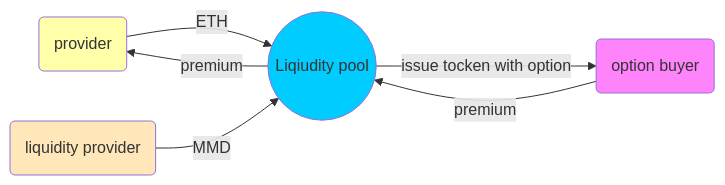
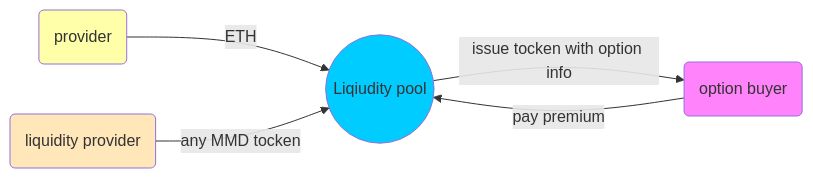
The fifth of 6 diagrams in README.md (Joe-Bradley/S_K), drawn with Mermaid before and after one commit. The commit also changed other lines of this file and 1 other file, not shown here.

````diff
--- a/README.md
+++ b/README.md
@@ -88,12 +97,11 @@
 ```mermaid
 graph LR
 a(provider):::class1 --> |ETH| b((Liqiudity pool)):::class2
-d(liquidity provider):::class3 --> |MMD|b
-b --> |premium| a
-b --> |issue tocken with option|c(option buyer):::class4
-c --> |premium|b
+d(liquidity provider):::class3 --> |any MMD tocken|b
+b --> |issue tocken with option info|c(option buyer):::class4
+c --> |pay premium|b
 classDef class1 fill:#ffaf;
 classDef class2 fill:#00ccff;
 classDef class3 fill:#ffe7ba;
 classDef class4 fill:#ff83fa;
 ```
````
